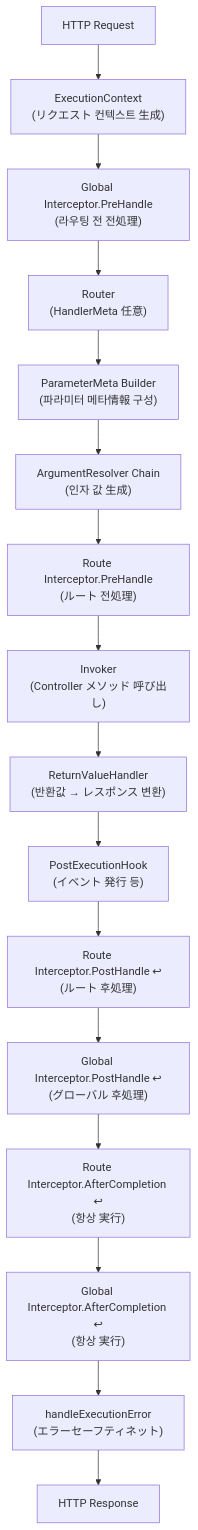
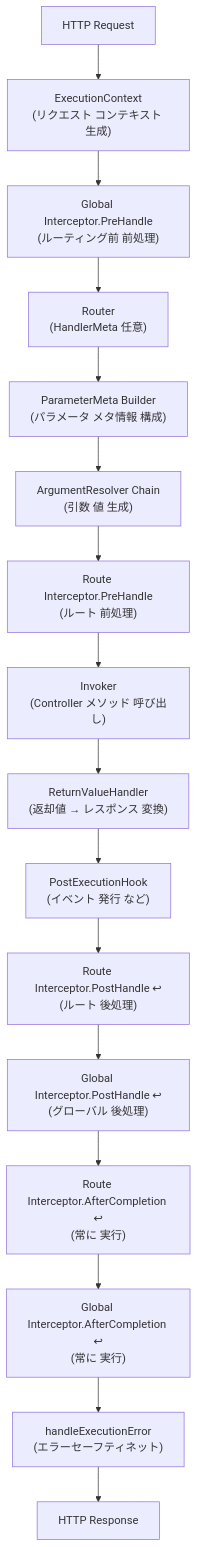
Before and after one commit to NARUBROWN/spine-site: the diagram in docs/ja/learn/core-concepts/pipeline.md, drawn with Mermaid. The commit also changed other lines of this file and 16 other files, not shown here.

````diff
--- a/docs/ja/learn/core-concepts/pipeline.md
+++ b/docs/ja/learn/core-concepts/pipeline.md
@@ -13,36 +13,36 @@
 ```mermaid
 graph TD
     Request["HTTP Request"]
     
-    ExecutionContext["ExecutionContext<br>(リクエスト 컨텍스트 生成)"]
-    GlobalPre["Global Interceptor.PreHandle<br>(라우팅 전 전処理)"]
+    ExecutionContext["ExecutionContext<br>(リクエスト コンテキスト 生成)"]
+    GlobalPre["Global Interceptor.PreHandle<br>(ルーティング前 前処理)"]
     Router["Router<br>(HandlerMeta 任意)"]
-    ParamMeta["ParameterMeta Builder<br>(파라미터 메타情報 구성)"]
-    ArgResolver["ArgumentResolver Chain<br>(인자 값 生成)"]
-    RoutePre["Route Interceptor.PreHandle<br>(ルート 전処理)"]
+    ParamMeta["ParameterMeta Builder<br>(パラメータ メタ情報 構成)"]
+    ArgResolver["ArgumentResolver Chain<br>(引数 値 生成)"]
+    RoutePre["Route Interceptor.PreHandle<br>(ルート 前処理)"]
     Invoker["Invoker<br>(Controller メソッド 呼び出し)"]
-    ReturnHandler["ReturnValueHandler<br>(반환값 → レスポンス 변환)"]
-    PostHook["PostExecutionHook<br>(イベント 発行 등)"]
-    RoutePost["Route Interceptor.PostHandle ↩<br>(ルート 후処理)"]
-    GlobalPost["Global Interceptor.PostHandle ↩<br>(グローバル 후処理)"]
-    RouteAfter["Route Interceptor.AfterCompletion ↩<br>(항상 実行)"]
-    GlobalAfter["Global Interceptor.AfterCompletion ↩<br>(항상 実行)"]
+    ReturnHandler["ReturnValueHandler<br>(返却値 → レスポンス 変換)"]
+    PostHook["PostExecutionHook<br>(イベント 発行 など)"]
+    RoutePost["Route Interceptor.PostHandle ↩<br>(ルート 後処理)"]
+    GlobalPost["Global Interceptor.PostHandle ↩<br>(グローバル 後処理)"]
+    RouteAfter["Route Interceptor.AfterCompletion ↩<br>(常に 実行)"]
+    GlobalAfter["Global Interceptor.AfterCompletion ↩<br>(常に 実行)"]
     ErrorHandler["handleExecutionError<br>(エラーセーフティネット)"]
     Response["HTTP Response"]
 
     Request --> ExecutionContext
     ExecutionContext --> GlobalPre
     GlobalPre --> Router
     Router --> ParamMeta
     ParamMeta --> ArgResolver
     ArgResolver --> RoutePre
     RoutePre --> Invoker
     Invoker --> ReturnHandler
     ReturnHandler --> PostHook
     PostHook --> RoutePost
     RoutePost --> GlobalPost
     GlobalPost --> RouteAfter
     RouteAfter --> GlobalAfter
     GlobalAfter --> ErrorHandler
     ErrorHandler --> Response
 ```
````
